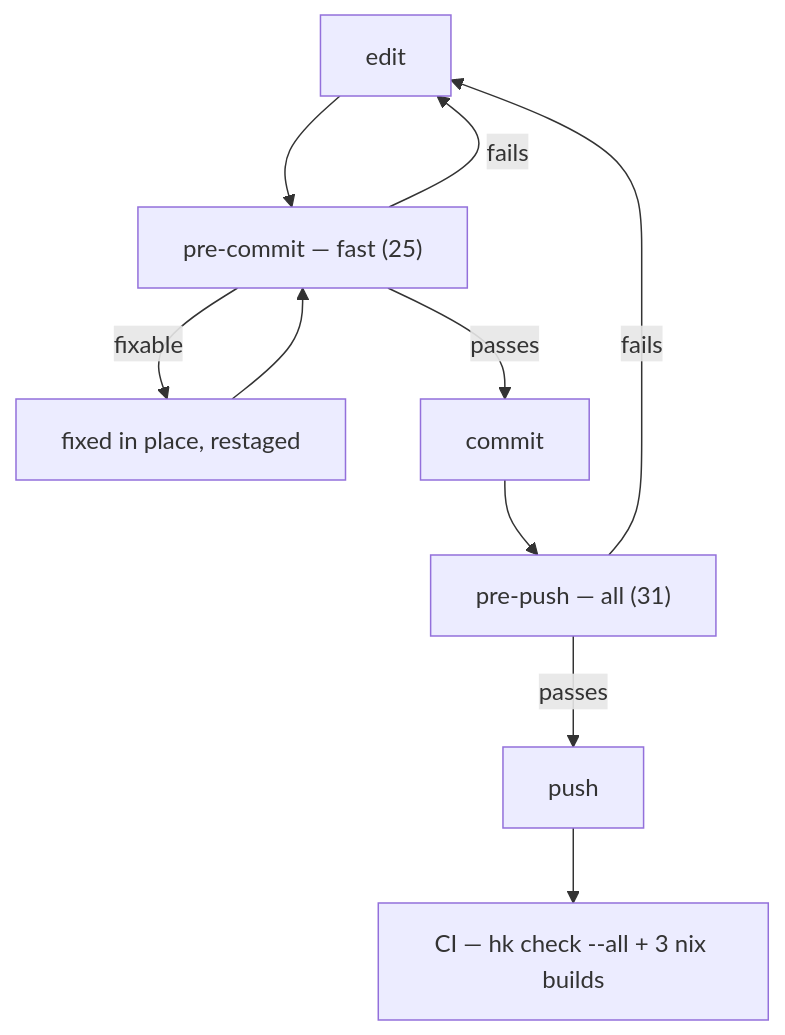
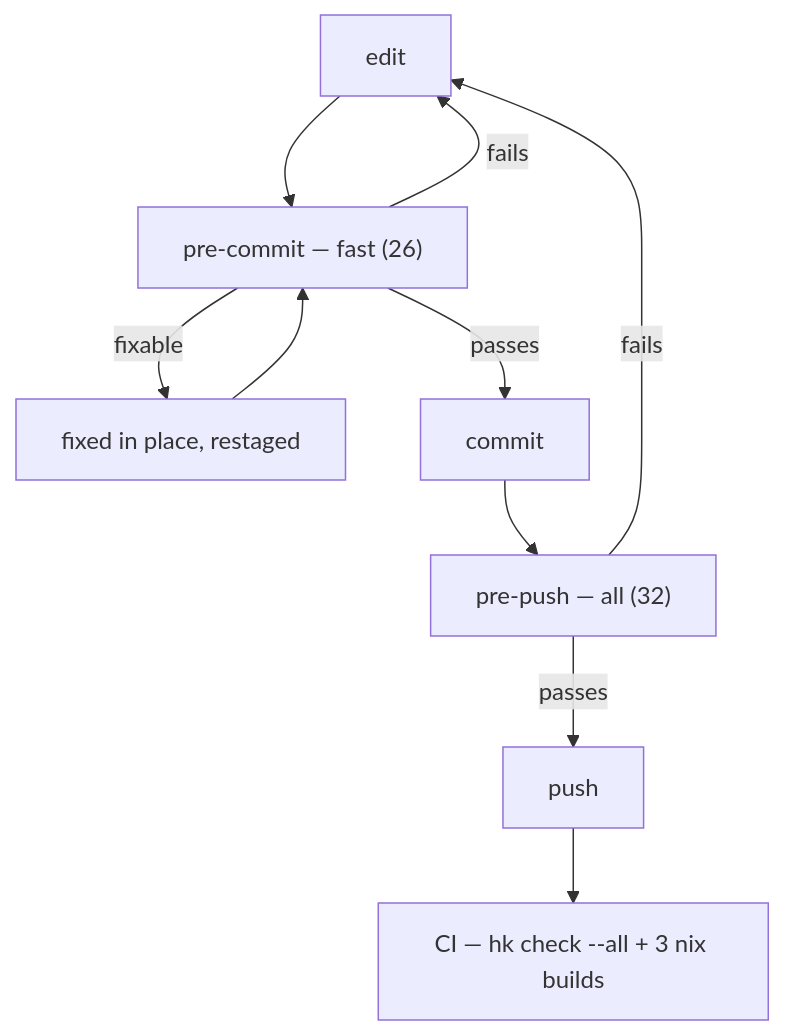
One commit to pr0d1r2/itok changed the diagram in docs/INTEGRATION.md. Above: the diagram before and after it, drawn with Mermaid. The commit also changed other lines of this file and 7 other files, not shown here.

````diff
--- a/docs/INTEGRATION.md
+++ b/docs/INTEGRATION.md
@@ -47,12 +47,12 @@
 ```mermaid
 flowchart TD
-    A["edit"] --> B["pre-commit — fast (25)"]
+    A["edit"] --> B["pre-commit — fast (26)"]
     B -->|fixable| B2["fixed in place, restaged"]
     B2 --> B
     B -->|fails| A
     B -->|passes| C["commit"]
-    C --> D["pre-push — all (31)"]
+    C --> D["pre-push — all (32)"]
     D -->|fails| A
     D -->|passes| E["push"]
     E --> F["CI — hk check --all + 3 nix builds"]
 ```
````
